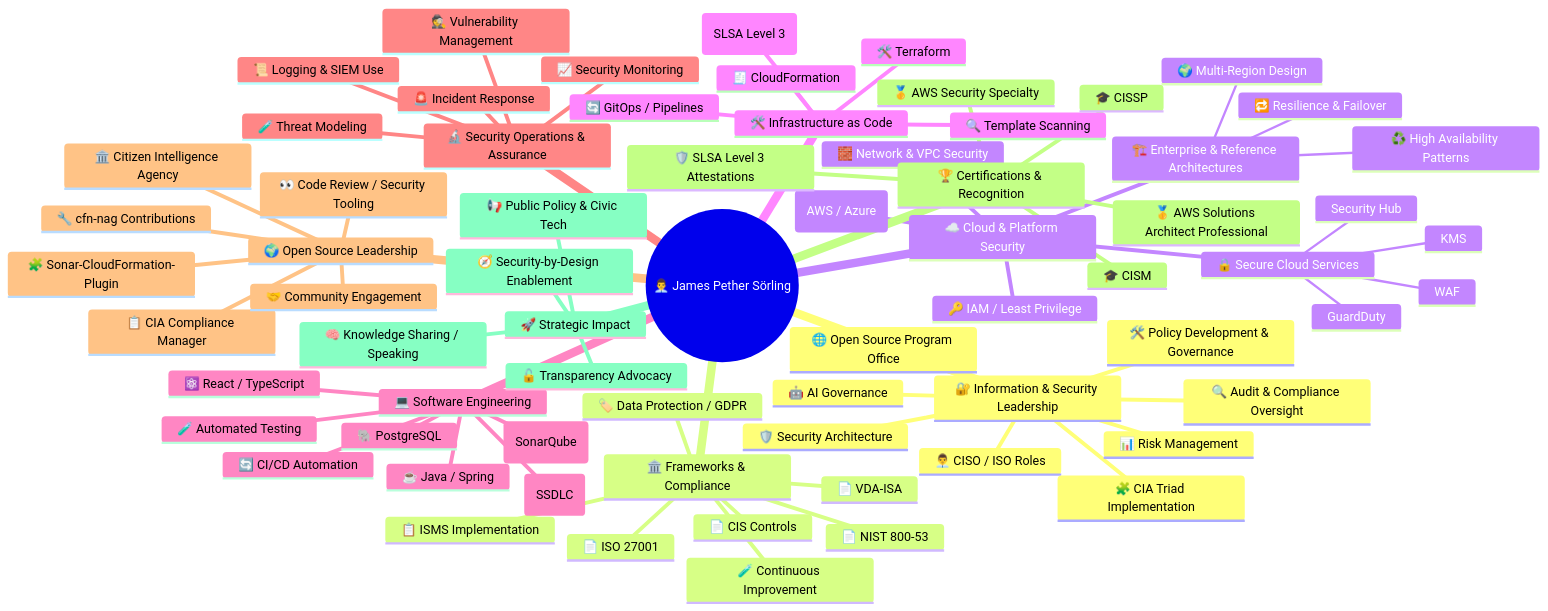
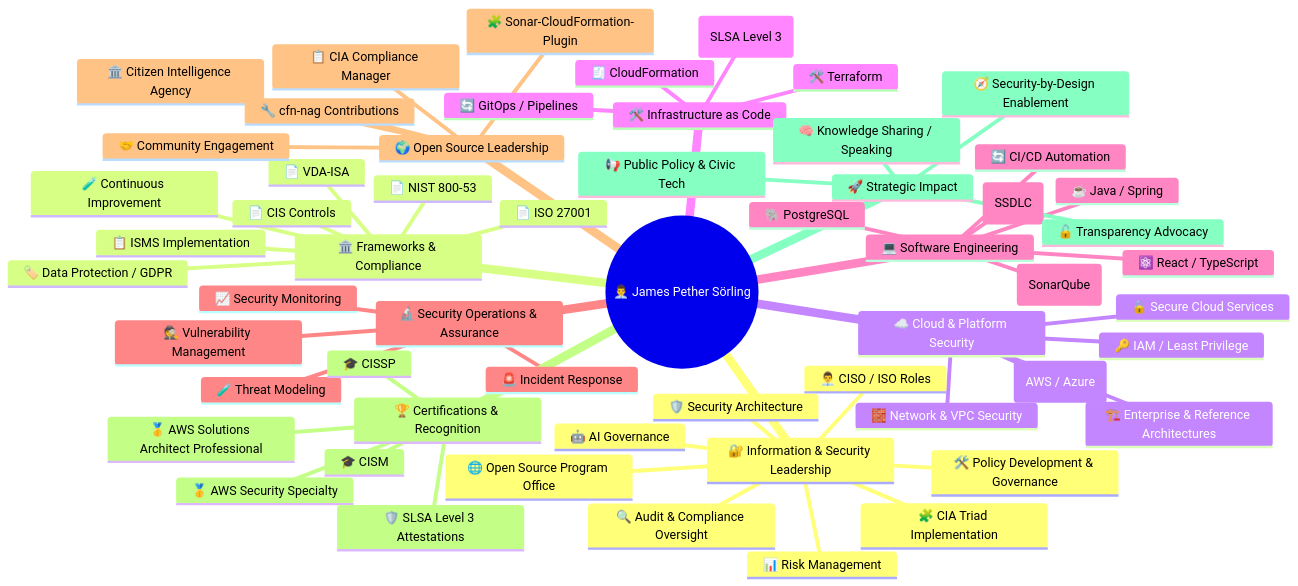
One commit to pethers/pethers changed the second of 3 diagrams in README.md. Above: the diagram before and after it, drawn with Mermaid. The commit also changed other lines of this file, not shown here.

````diff
--- a/README.md
+++ b/README.md
@@ -827,72 +517,61 @@
 ```mermaid
 mindmap
   root((👨‍💼 James Pether Sörling))
     🔐 Information & Security Leadership
       👨‍💼 CISO / ISO Roles
       🛡️ Security Architecture
       🧩 CIA Triad Implementation
       🛠️ Policy Development & Governance
       📊 Risk Management
       🔍 Audit & Compliance Oversight
       🤖 AI Governance
       🌐 Open Source Program Office
     🏛️ Frameworks & Compliance
       📄 ISO 27001
       📄 NIST 800-53
       📄 VDA-ISA
       📄 CIS Controls
       🏷️ Data Protection / GDPR
       📋 ISMS Implementation
       🧪 Continuous Improvement
     ☁️ Cloud & Platform Security
       🌐 Multi-Cloud (AWS / Azure)
       🏗️ Enterprise & Reference Architectures
-        🌍 Multi-Region Design
-        🔁 Resilience & Failover
-        ♻️ High Availability Patterns
       🔒 Secure Cloud Services
-        Security Hub
-        GuardDuty
-        KMS
-        WAF
       🧱 Network & VPC Security
       🔑 IAM / Least Privilege
     🛠️ Infrastructure as Code
       🧾 CloudFormation
       🛠️ Terraform
       🔄 GitOps / Pipelines
-      🔍 Template Scanning
       📦 Supply Chain (SLSA Level 3)
     💻 Software Engineering
       ☕ Java / Spring
       ⚛️ React / TypeScript
       🐘 PostgreSQL
       🔄 CI/CD Automation
-      🧪 Automated Testing
       🧵 Secure SDLC (SSDLC)
       📈 Code Quality (SonarQube)
     🔬 Security Operations & Assurance
       🚨 Incident Response
       🕵️ Vulnerability Management
       📈 Security Monitoring
       🧪 Threat Modeling
-      📜 Logging & SIEM Use
     🌍 Open Source Leadership
       📋 CIA Compliance Manager
       🏛️ Citizen Intelligence Agency
       🧩 Sonar-CloudFormation-Plugin
       🔧 cfn-nag Contributions
       🤝 Community Engagement
-      👀 Code Review / Security Tooling
     🏆 Certifications & Recognition
       🎓 CISSP
       🎓 CISM
       🥇 AWS Security Specialty
       🥇 AWS Solutions Architect Professional
       🛡️ SLSA Level 3 Attestations
     🚀 Strategic Impact
       🔓 Transparency Advocacy
       🧭 Security-by-Design Enablement
       🧠 Knowledge Sharing / Speaking
       📢 Public Policy & Civic Tech
 ```
````
